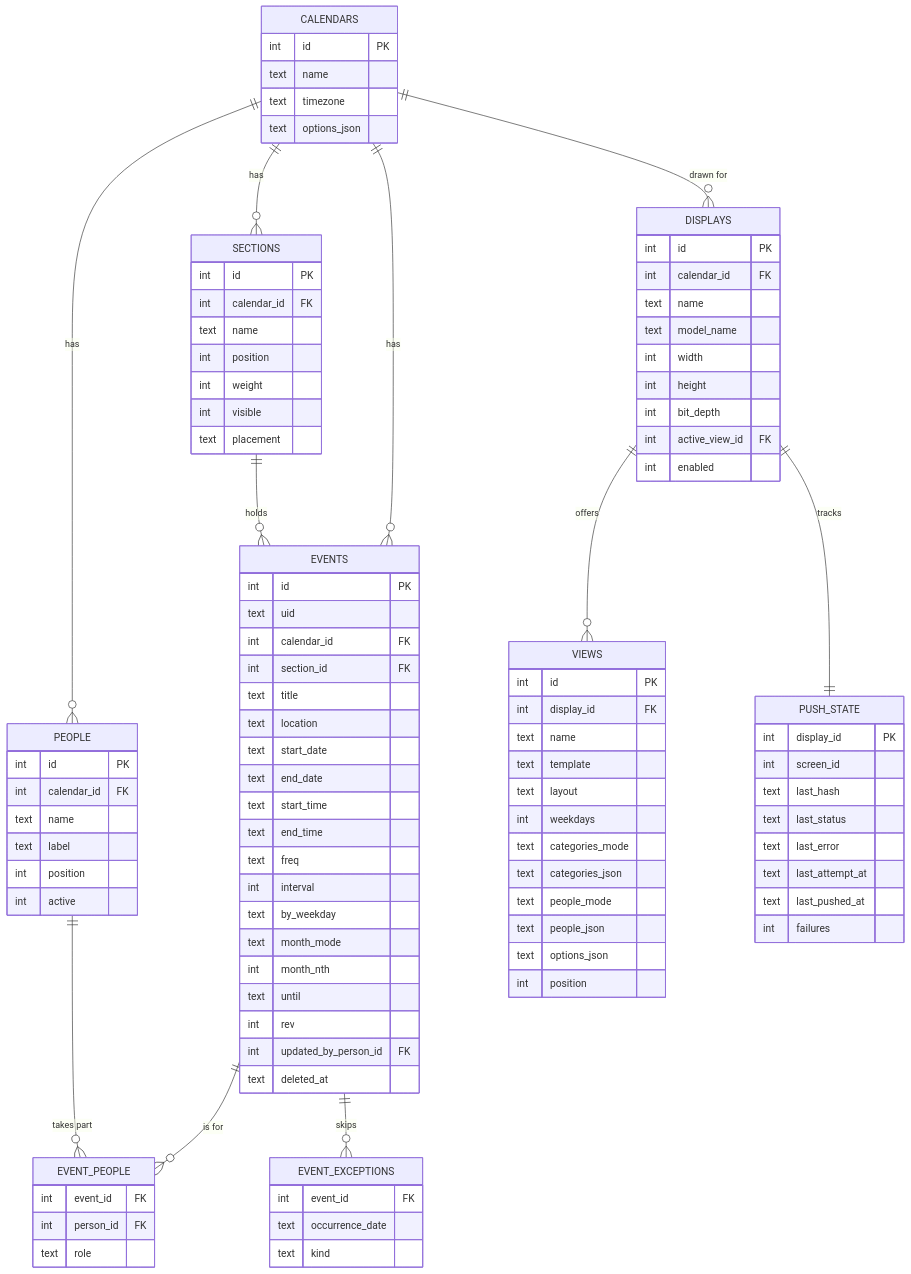
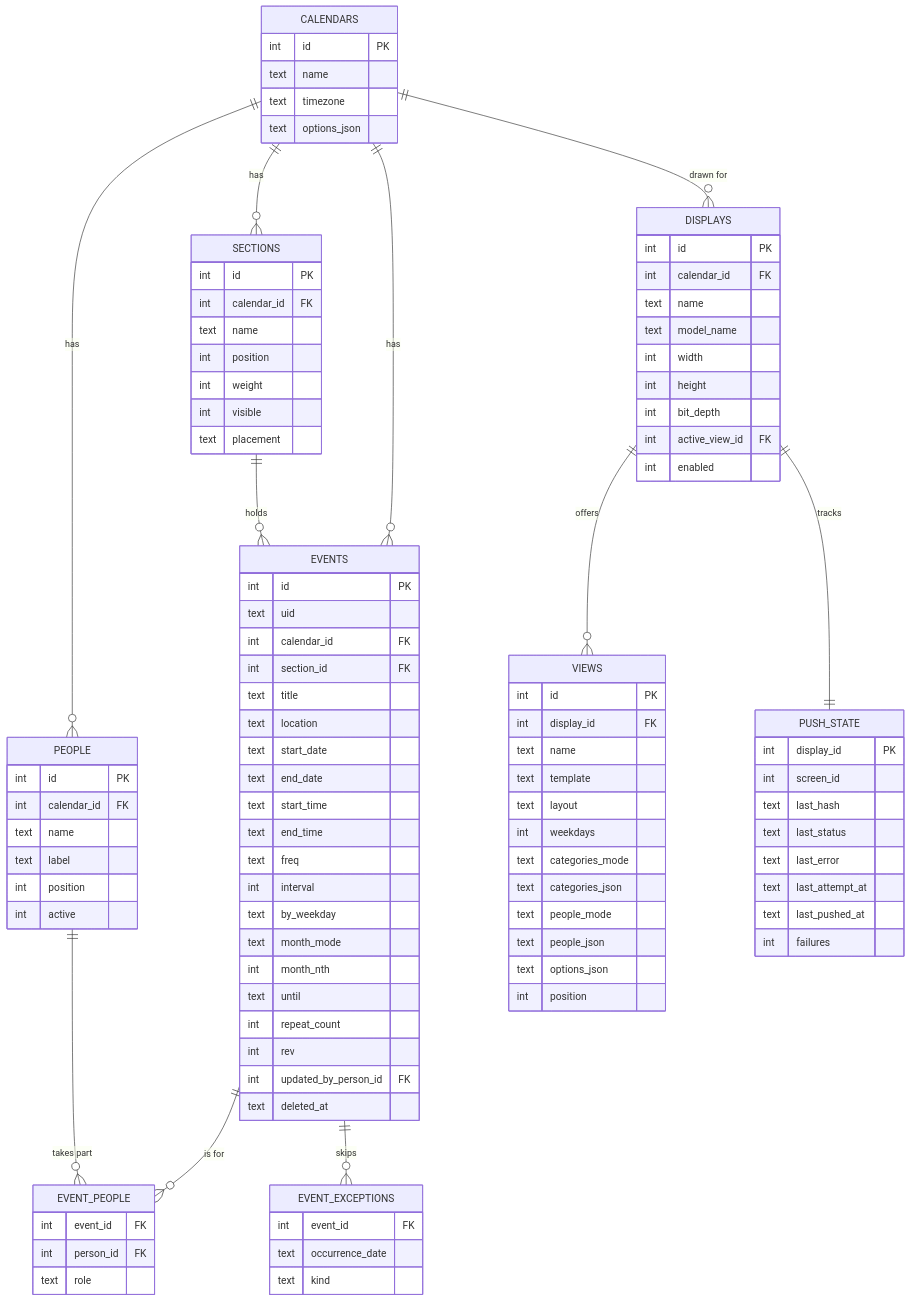
One commit to sirvishal-homelab/homelab changed the diagram in trmnl-calendar/docs/03-data-model.md. Above: the diagram before and after it, drawn with Mermaid. The commit also changed other lines of this file and 27 other files, not shown here.

```diff
--- a/trmnl-calendar/docs/03-data-model.md
+++ b/trmnl-calendar/docs/03-data-model.md
@@ -66,6 +66,7 @@
     text month_mode
     int month_nth
     text until
+    int repeat_count
     int rev
     int updated_by_person_id FK
     text deleted_at
```
